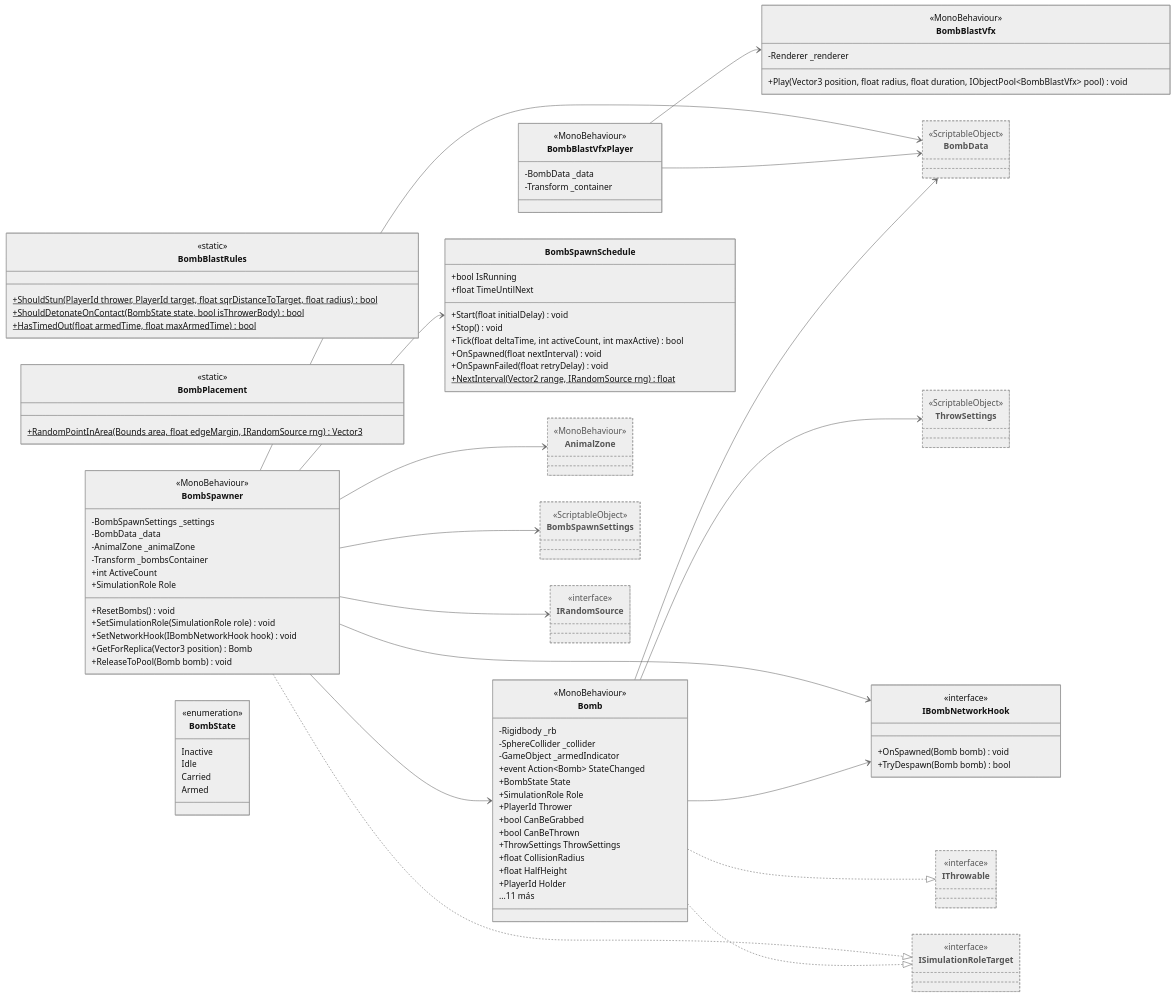
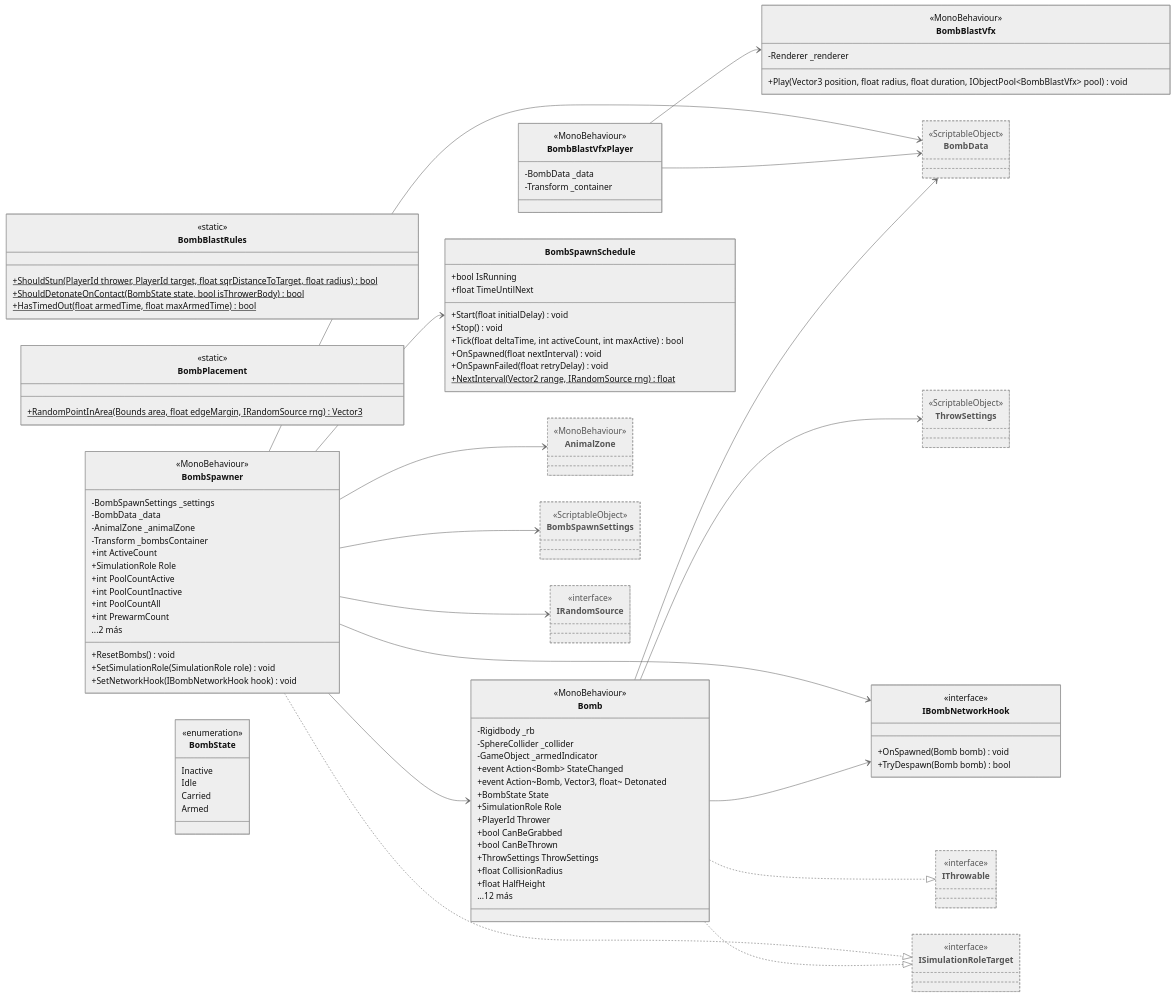
The diagram in Docs/Arquitectura/Modulos/Modulo Items.md (Chacashi/Alien-Farms), drawn with Mermaid (neutral theme) before and after one commit. The commit also changed 257 other files, not shown here.

```diff
--- a/Docs/Arquitectura/Modulos/Modulo Items.md
+++ b/Docs/Arquitectura/Modulos/Modulo Items.md
@@ -17,6 +17,7 @@
     -SphereCollider _collider
     -GameObject _armedIndicator
     +event Action~Bomb~ StateChanged
+    +event Action~Bomb, Vector3, float~ Detonated
     +BombState State
     +SimulationRole Role
     +PlayerId Thrower
@@ -25,8 +26,7 @@
     +ThrowSettings ThrowSettings
     +float CollisionRadius
     +float HalfHeight
-    +PlayerId Holder
-    ...11 más
+    ...12 más
   }
   class BombBlastRules {
     <<static>>
@@ -66,11 +66,14 @@
     -Transform _bombsContainer
     +int ActiveCount
     +SimulationRole Role
+    +int PoolCountActive
+    +int PoolCountInactive
+    +int PoolCountAll
+    +int PrewarmCount
     +ResetBombs() void
     +SetSimulationRole(SimulationRole role) void
     +SetNetworkHook(IBombNetworkHook hook) void
-    +GetForReplica(Vector3 position) Bomb
-    +ReleaseToPool(Bomb bomb) void
+    ...2 más
   }
   class BombState {
     <<enumeration>>
```
